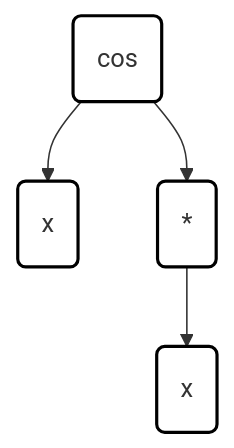
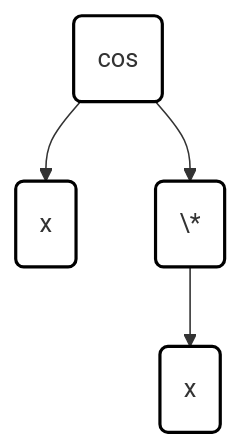
Before and after one commit to neavailable/Derivative_calculator: the first of 2 diagrams in README.md, drawn with Mermaid.

````diff
--- a/README.md
+++ b/README.md
@@ -36,16 +36,16 @@
 ```mermaid
 graph TD
     COS(cos)
     X_COS(x)
-    MULTIPLY(*)
+    MULTIPLY(\*)
     X(x)
 
     COS      --> X_COS
     COS      --> MULTIPLY
     MULTIPLY --> X
 
     style COS      fill:#ffffff,stroke:#000000,stroke-width:2px
     style X_COS    fill:#ffffff,stroke:#000000,stroke-width:2px
     style MULTIPLY fill:#ffffff,stroke:#000000,stroke-width:2px
     style X        fill:#ffffff,stroke:#000000,stroke-width:2px
 ```
````
